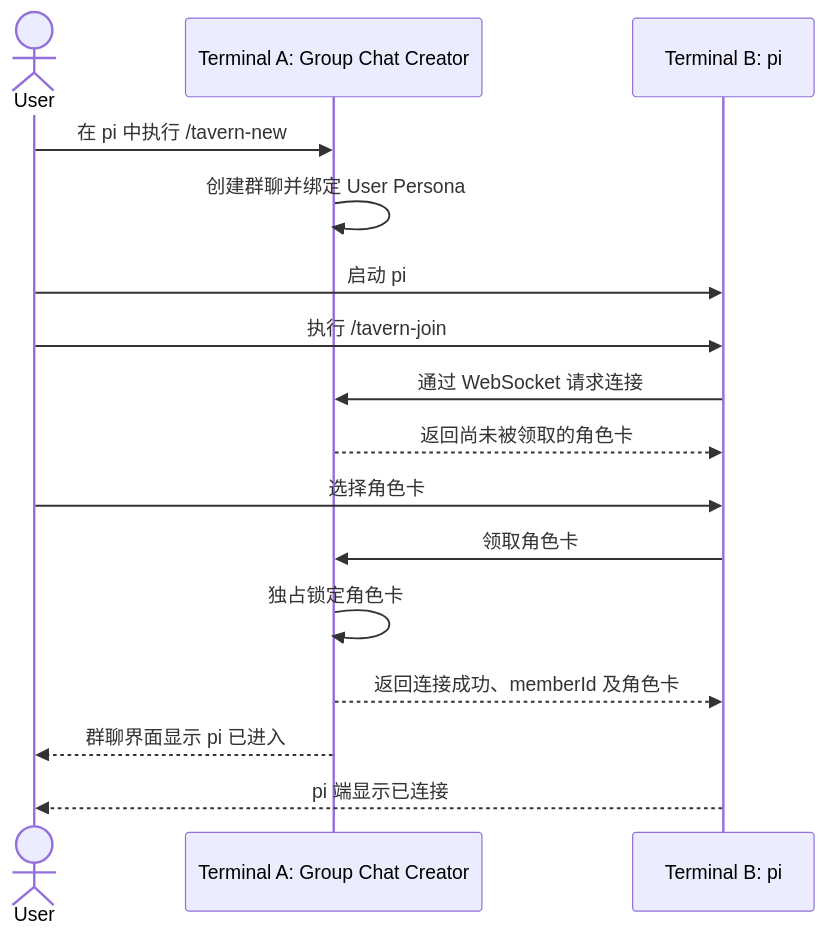
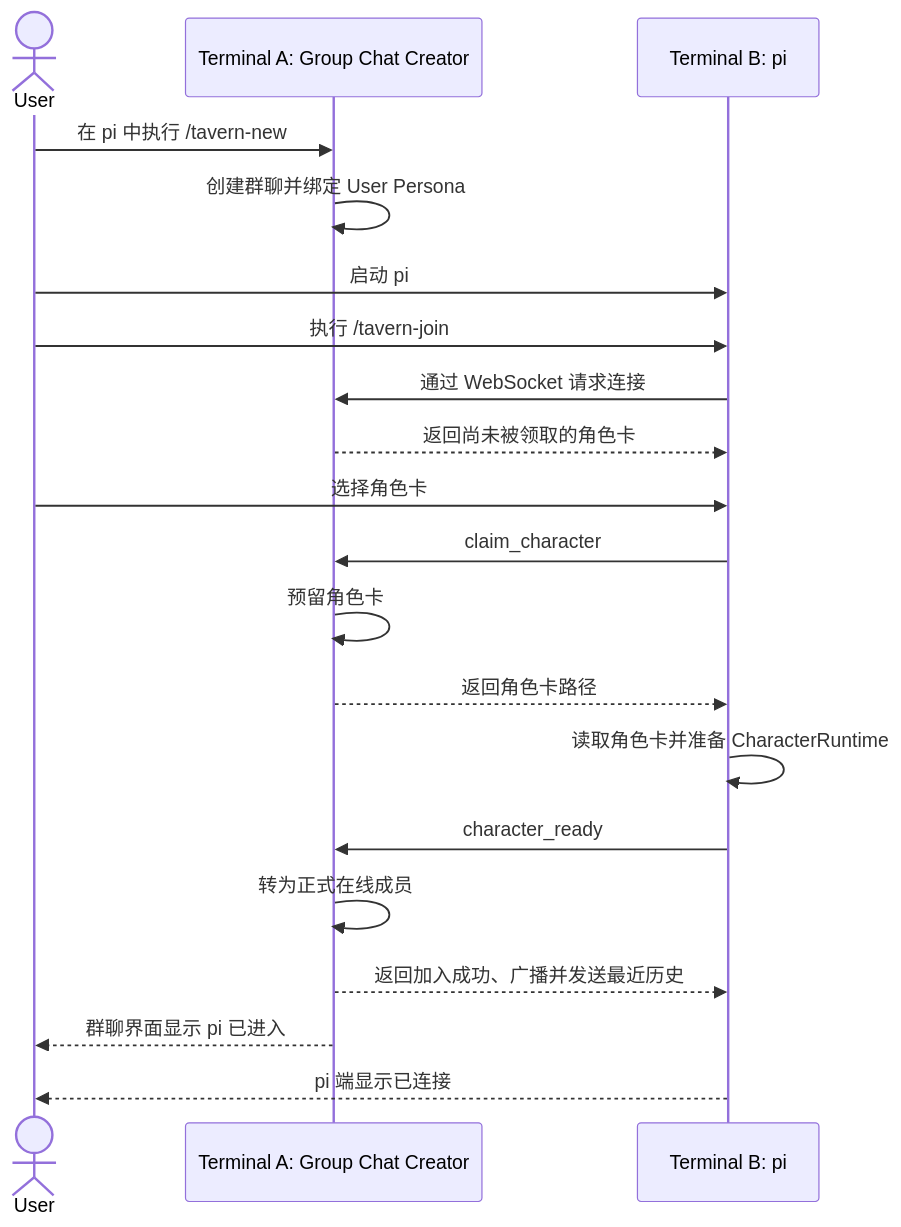
One commit to icylight/pi-tavern changed the diagram in docs/interaction-model.md. Above: the diagram before and after it, drawn with Mermaid. The commit also changed other lines of this file and 10 other files, not shown here.

````diff
--- a/docs/interaction-model.md
+++ b/docs/interaction-model.md
@@ -120,19 +135,23 @@
 ```mermaid
 sequenceDiagram
     actor User
     participant Creator as Terminal A: Group Chat Creator
     participant CharacterPi as Terminal B: pi
 
     User->>Creator: 在 pi 中执行 /tavern-new
     Creator->>Creator: 创建群聊并绑定 User Persona
     User->>CharacterPi: 启动 pi
     User->>CharacterPi: 执行 /tavern-join
     CharacterPi->>Creator: 通过 WebSocket 请求连接
     Creator-->>CharacterPi: 返回尚未被领取的角色卡
     User->>CharacterPi: 选择角色卡
-    CharacterPi->>Creator: 领取角色卡
-    Creator->>Creator: 独占锁定角色卡
-    Creator-->>CharacterPi: 返回连接成功、memberId 及角色卡
+    CharacterPi->>Creator: claim_character
+    Creator->>Creator: 预留角色卡
+    Creator-->>CharacterPi: 返回角色卡路径
+    CharacterPi->>CharacterPi: 读取角色卡并准备 CharacterRuntime
+    CharacterPi->>Creator: character_ready
+    Creator->>Creator: 转为正式在线成员
+    Creator-->>CharacterPi: 返回加入成功、广播并发送最近历史
     Creator-->>User: 群聊界面显示 pi 已进入
     CharacterPi-->>User: pi 端显示已连接
 ```
````
